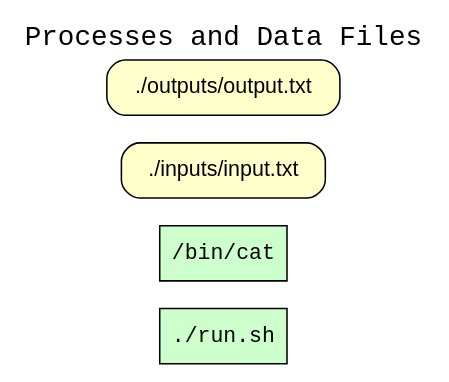
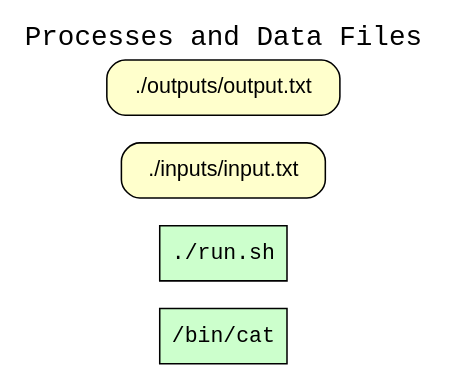
Before and after one commit to CIRSS/cpr: the diagram in examples/05-cat-file-to-file/graphs/wt_processes_and_data_files.dot, drawn with Graphviz. The commit also changed other lines of this file and 26 other files, not shown here.

```diff
--- a/examples/05-cat-file-to-file/graphs/wt_processes_and_data_files.dot
+++ b/examples/05-cat-file-to-file/graphs/wt_processes_and_data_files.dot
@@ -1,12 +1,12 @@
 
 digraph wt_run {
 rankdir=LR
 fontname=Courier; fontsize=18; labelloc=t
 label="Processes and Data Files"
 node[shape=box style="filled" fillcolor="#CCFFCC" peripheries=1 fontname=Courier]
+"exe:e2" [label="/bin/cat"]
 "exe:e1" [label="./run.sh"]
-"exe:e2" [label="/bin/cat"]
 node[shape=box style="rounded,filled" fillcolor="#FFFFCC" peripheries=1 fontname=Helvetica]
 "access:i18" [label="./inputs/input.txt"]
 "access:i10" [label="./outputs/output.txt"]
 }
```
